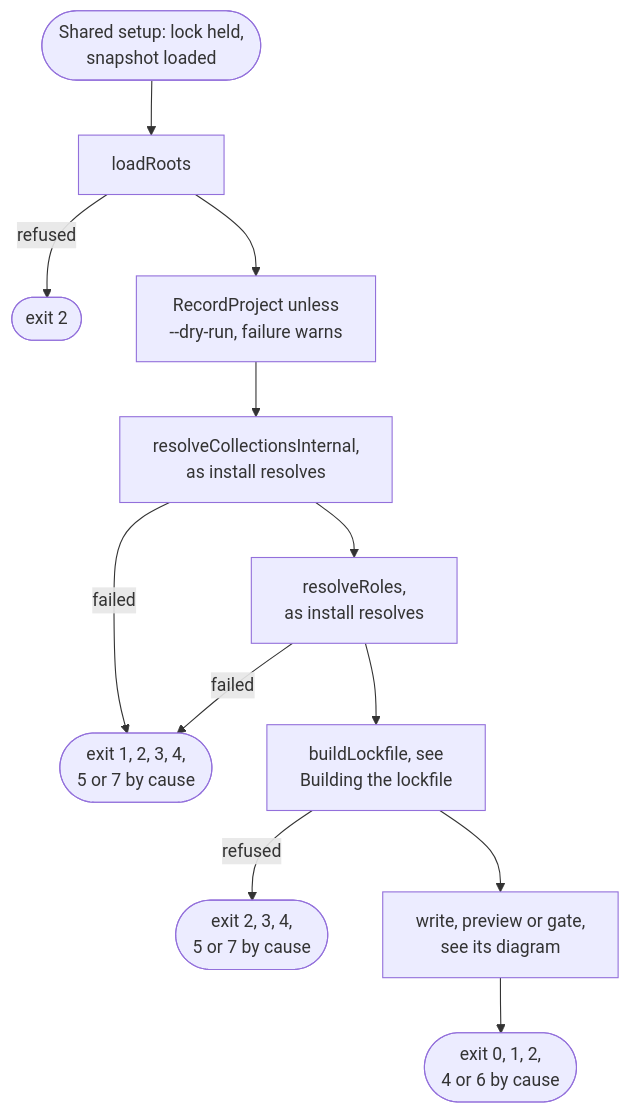
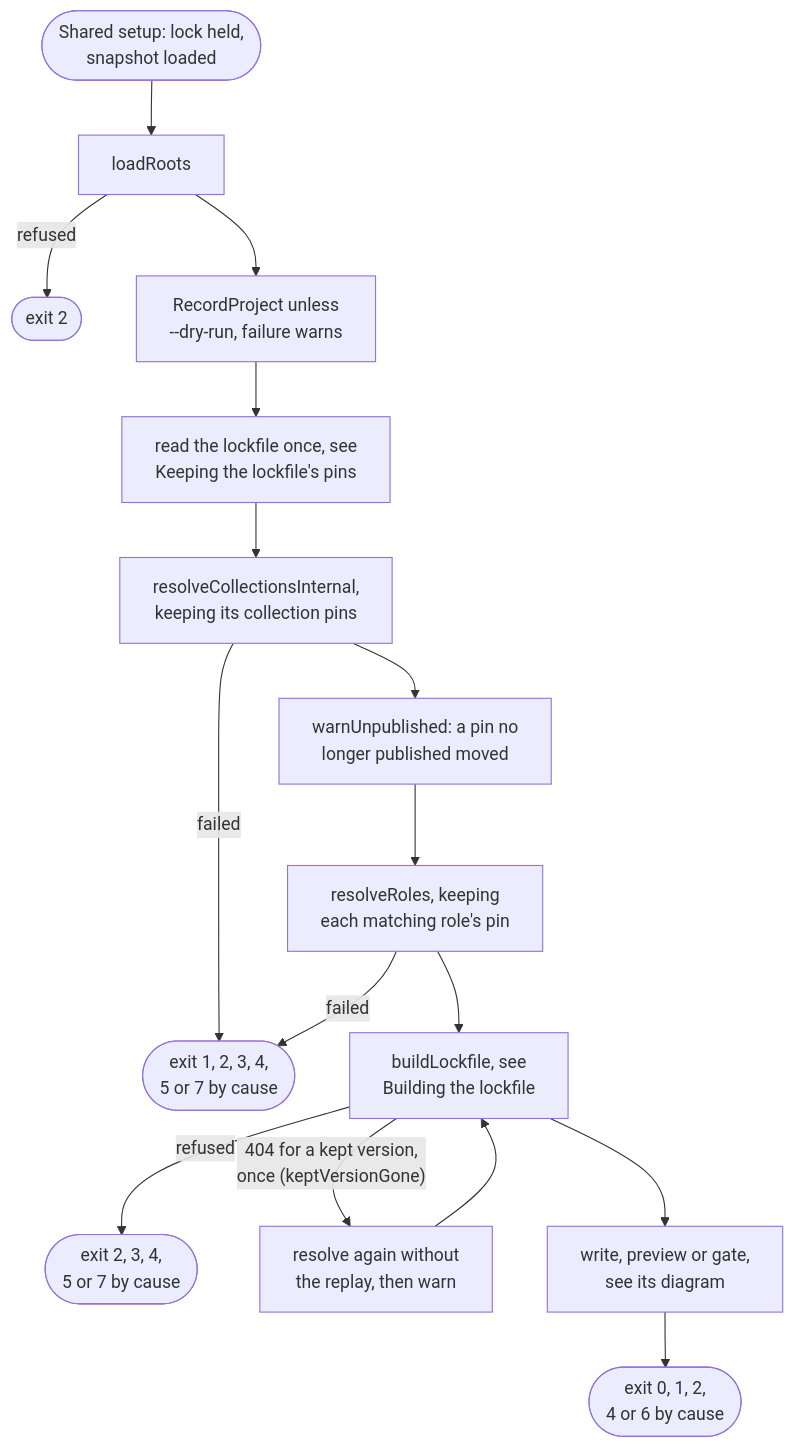
The first of 5 diagrams in docs/internals/flow-lock.md (greeddj/go-galaxy), drawn with Mermaid before and after one commit. The commit also changed other lines of this file and 53 other files, not shown here.

````diff
--- a/docs/internals/flow-lock.md
+++ b/docs/internals/flow-lock.md
@@ -11,14 +12,18 @@
 ```mermaid
 flowchart TD
   L1(["Shared setup: lock held,<br/>snapshot loaded"]) --> L2["loadRoots"]
   L2 -->|"refused"| X2(["exit 2"])
   L2 --> L2R["RecordProject unless<br/>--dry-run, failure warns"]
-  L2R --> L3["resolveCollectionsInternal,<br/>as install resolves"]
+  L2R --> LF["read the lockfile once, see<br/>Keeping the lockfile's pins"]
+  LF --> L3["resolveCollectionsInternal,<br/>keeping its collection pins"]
   L3 -->|"failed"| XR(["exit 1, 2, 3, 4,<br/>5 or 7 by cause"])
-  L3 --> L4["resolveRoles,<br/>as install resolves"]
+  L3 --> L3W["warnUnpublished: a pin no<br/>longer published moved"]
+  L3W --> L4["resolveRoles, keeping<br/>each matching role's pin"]
   L4 -->|"failed"| XR
   L4 --> L5["buildLockfile, see<br/>Building the lockfile"]
   L5 -->|"refused"| XB(["exit 2, 3, 4,<br/>5 or 7 by cause"])
+  L5 -->|"404 for a kept version,<br/>once (keptVersionGone)"| L5A["resolve again without<br/>the replay, then warn"]
+  L5A --> L5
   L5 --> L6["write, preview or gate,<br/>see its diagram"]
   L6 --> XO(["exit 0, 1, 2,<br/>4 or 6 by cause"])
 ```
````
